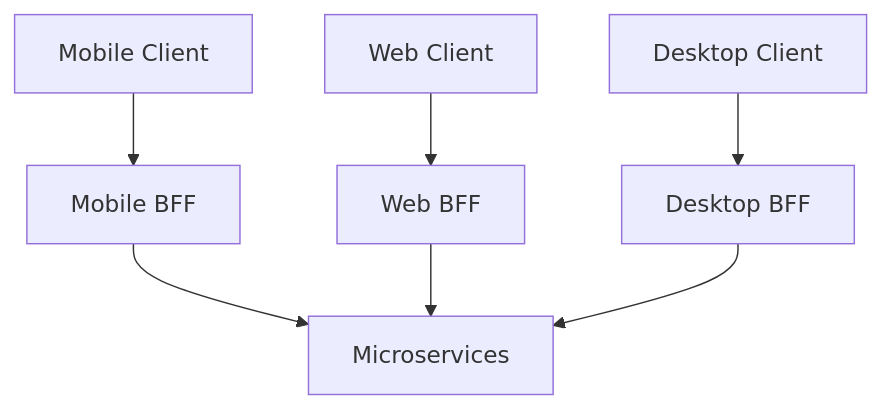
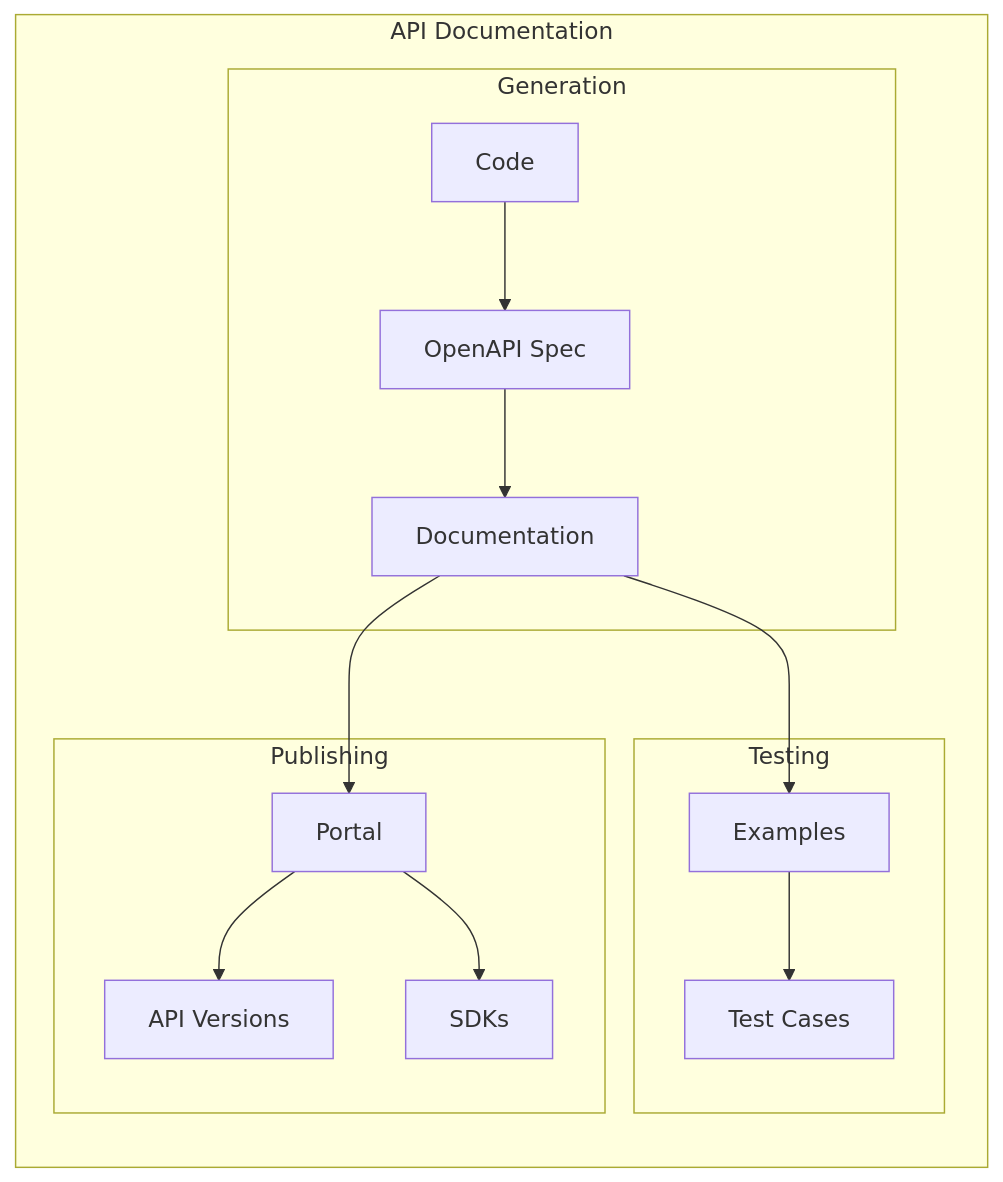
One commit to saravanakumarrc/Architecture_Journey changed the eighth of 8 diagrams in src/API_Design_Concepts.md. Above: the diagram before and after it, drawn with Mermaid. The commit also changed other lines of this file and 16 other files, not shown here.

First line of the commit message:
Add comprehensive documentation for resilience patterns, security architecture patterns, service mesh patterns, and testing best practices

````diff
--- a/src/API_Design_Concepts.md
+++ b/src/API_Design_Concepts.md
@@ -282,9 +451,22 @@
 ```mermaid
-graph TD
-    A[Mobile Client] --> B[Mobile BFF]
-    C[Web Client] --> D[Web BFF]
-    E[Desktop Client] --> F[Desktop BFF]
-    B --> G[Microservices]
-    D --> G
-    F --> G
+flowchart TB
+    subgraph "API Documentation"
+        direction TB
+        
+        subgraph "Generation"
+            C[Code] --> AS[OpenAPI Spec]
+            AS --> D[Documentation]
+        end
+        
+        subgraph "Testing"
+            D --> E[Examples]
+            E --> T[Test Cases]
+        end
+        
+        subgraph "Publishing"
+            D --> P[Portal]
+            P --> V[API Versions]
+            P --> S[SDKs]
+        end
+    end
 ```
````
